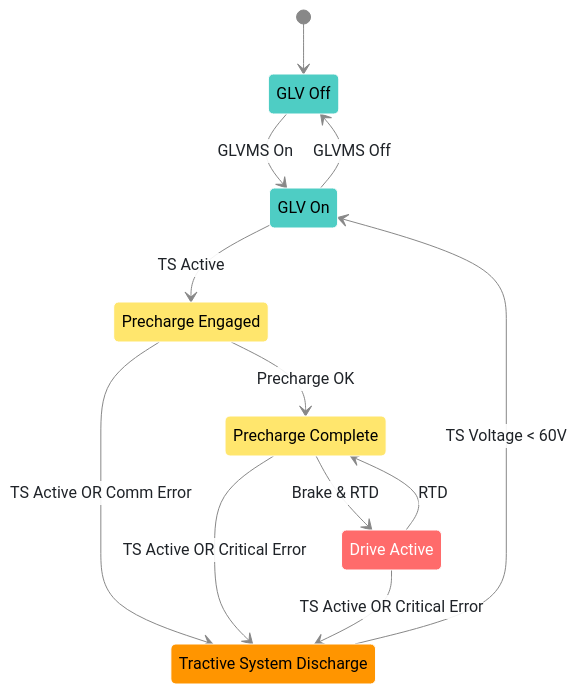
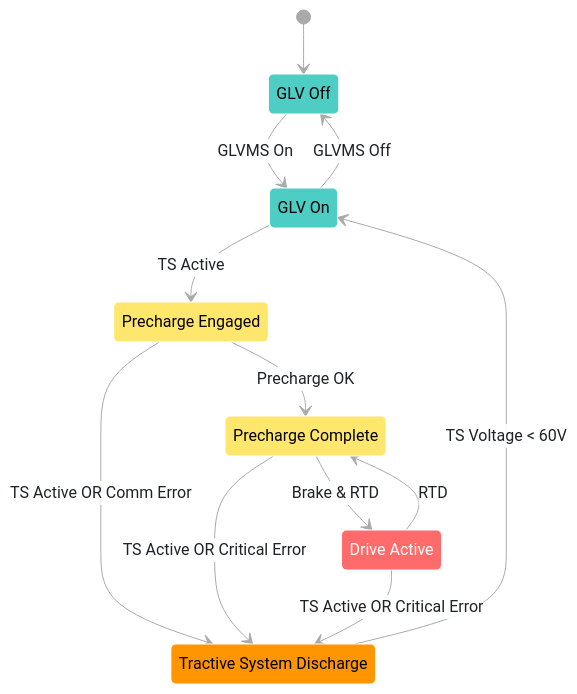
Before and after one commit to Gaucho-Racing/Firmware: the diagram in Lib/GlobalShare/StateMachine.md, drawn with Mermaid.

Commit message:
Update state machine diagram theme colors for better visibility

````diff
--- a/Lib/GlobalShare/StateMachine.md
+++ b/Lib/GlobalShare/StateMachine.md
@@ -9,68 +9,68 @@
 ```mermaid
 %%{init: {
   'theme': 'base',
   'themeVariables': {
     'primaryColor': '#ff6b6b',
     'primaryTextColor': '#1f2328',
-    'primaryBorderColor': '#888888',
-    'lineColor': '#888888',
+    'primaryBorderColor': '#aaaaaa',
+    'lineColor': '#aaaaaa',
     'edgeLabelBackground': 'rgba(255,255,255,0.9)',
-    'transitionColor': '#888888',
+    'transitionColor': '#aaaaaa',
     'transitionLabelColor': '#1f2328',
     'secondaryColor': '#4ecdc4',
     'tertiaryColor': '#ffe66d',
     'background': 'transparent',
     'mainBkg': 'transparent',
     'secondBkg': 'transparent',
     'tertiaryBkg': 'transparent'
   }
 }}%%
 
 stateDiagram
 
     [*] --> GLV_Off
 
     %% Main horizontal flow (top row)
     GLV_Off --> GLV_On : GLVMS On
     GLV_On --> GLV_Off : GLVMS Off
     GLV_On --> Precharge_Engaged : TS Active
     Precharge_Engaged --> Precharge_Complete : Precharge OK
     Precharge_Complete --> Drive_Active : Brake & RTD
 
     %% Normal Operation Cycle (horizontal)
     Drive_Active --> Precharge_Complete : RTD
 
     %% Discharge state positioned below
     GLV_Off
     GLV_On
     Precharge_Engaged
     Precharge_Complete
     Drive_Active
     Tractive_System_Discharge
 
     %% Downward transitions to discharge
     Precharge_Engaged --> Tractive_System_Discharge : TS Active OR Comm Error
     Precharge_Complete --> Tractive_System_Discharge : TS Active OR Critical Error
     Drive_Active --> Tractive_System_Discharge : TS Active OR Critical Error
 
     %% Return upward from discharge
     Tractive_System_Discharge --> GLV_On : TS Voltage < 60V
 
     %% State Descriptions
     GLV_Off : GLV Off
     GLV_On : GLV On
     Precharge_Engaged : Precharge Engaged
     Precharge_Complete : Precharge Complete
     Drive_Active : Drive Active
     Tractive_System_Discharge : Tractive System Discharge
 
     classDef safeState fill:#4ecdc4,stroke:#ffffff,stroke-width:1px,color:#000
     classDef hvState fill:#ff6b6b,stroke:#ffffff,stroke-width:1px,color:#fff
     classDef transitionState fill:#ffe66d,stroke:#ffffff,stroke-width:1px,color:#000
     classDef dischargeState fill:#ff9500,stroke:#ffffff,stroke-width:1px,color:#000
 
     class GLV_Off,GLV_On safeState
     class Drive_Active hvState
     class Precharge_Engaged,Precharge_Complete transitionState
     class Tractive_System_Discharge dischargeState
 ```
````
